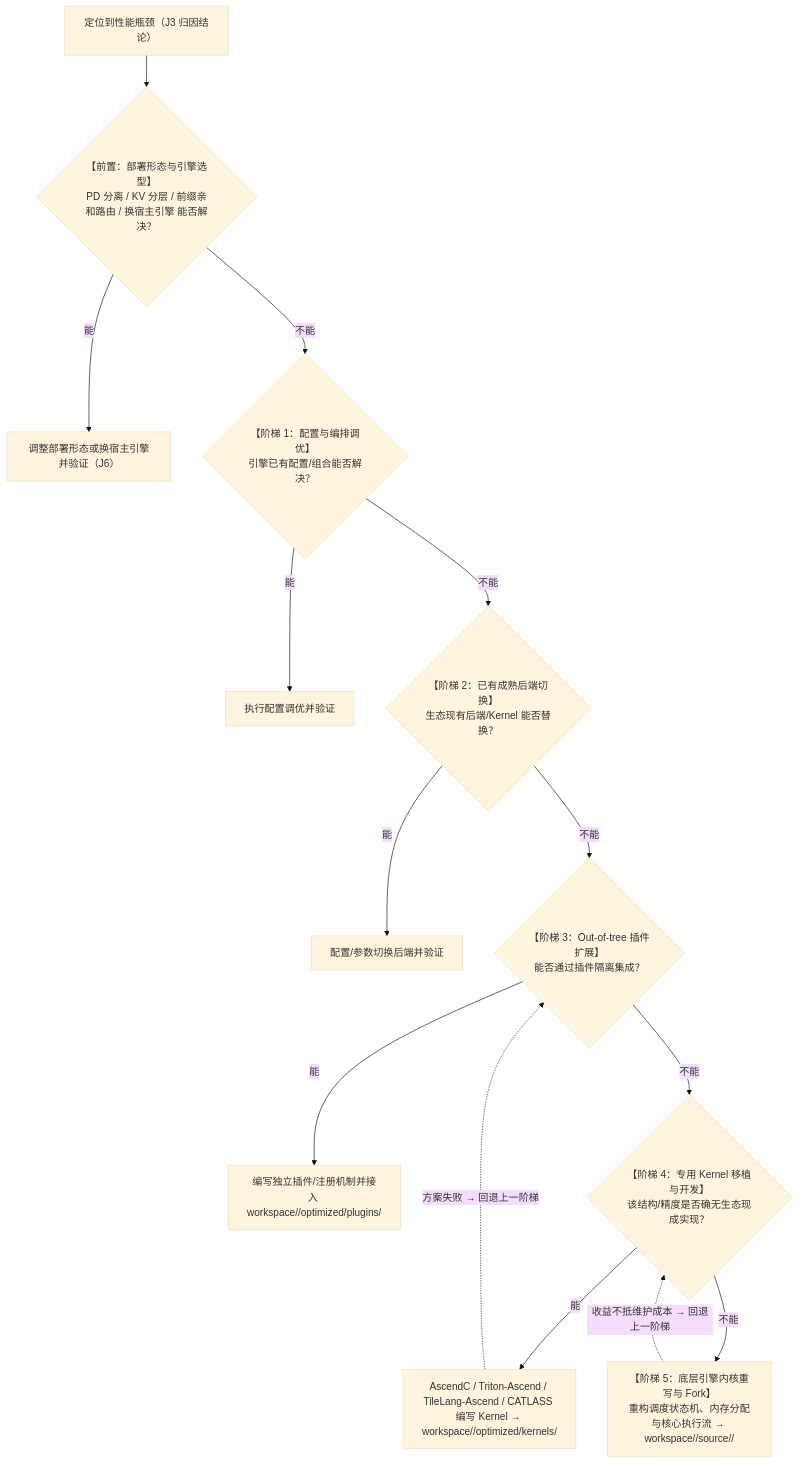
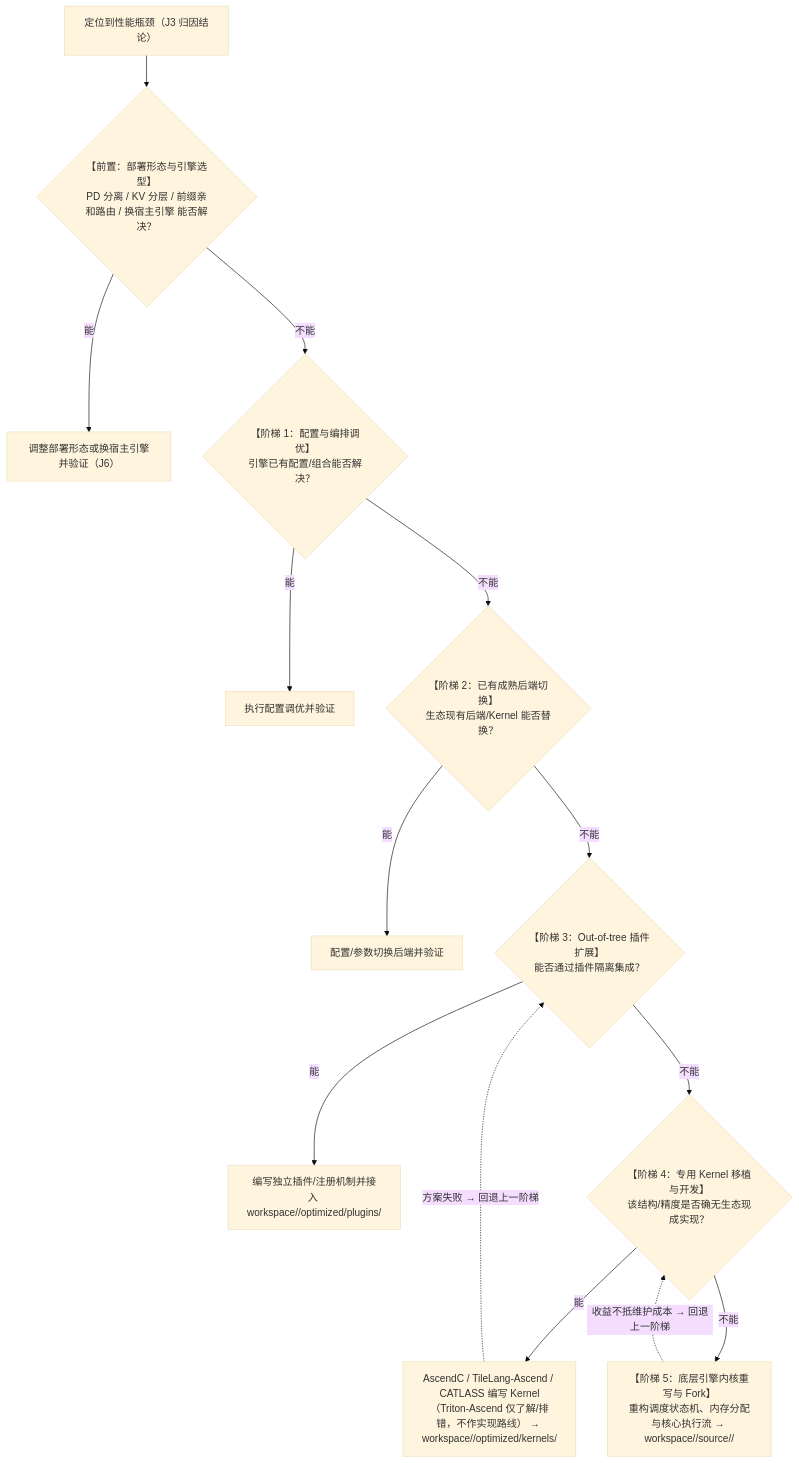
The second of 2 diagrams in docs/01-pipeline-and-ledger.md (SummerTea/ascend-infer-pilot), drawn with Mermaid (base theme) before and after one commit. The commit also changed other lines of this file and 8 other files, not shown here.

````diff
--- a/docs/01-pipeline-and-ledger.md
+++ b/docs/01-pipeline-and-ledger.md
@@ -205,16 +205,16 @@
 ```mermaid
 flowchart TD
     Start["定位到性能瓶颈（J3 归因结论）"] --> Pre{"【前置：部署形态与引擎选型】<br/>PD 分离 / KV 分层 / 前缀亲和路由 / 换宿主引擎 能否解决？"}
     Pre --"能"--> Done0["调整部署形态或换宿主引擎并验证（J6）"]
     Pre --"不能"--> Step1{"【阶梯 1：配置与编排调优】<br/>引擎已有配置/组合能否解决？"}
     Step1 --"能"--> Done1["执行配置调优并验证"]
     Step1 --"不能"--> Step2{"【阶梯 2：已有成熟后端切换】<br/>生态现有后端/Kernel 能否替换？"}
     Step2 --"能"--> Done2["配置/参数切换后端并验证"]
     Step2 --"不能"--> Step3{"【阶梯 3：Out-of-tree 插件扩展】<br/>能否通过插件隔离集成？"}
     Step3 --"能"--> Done3["编写独立插件/注册机制并接入 workspace/<scenario-id>/optimized/plugins/"]
     Step3 --"不能"--> Step4{"【阶梯 4：专用 Kernel 移植与开发】<br/>该结构/精度是否确无生态现成实现？"}
-    Step4 --"能"--> Done4["AscendC / Triton-Ascend / TileLang-Ascend / CATLASS 编写 Kernel → workspace/<scenario-id>/optimized/kernels/"]
+    Step4 --"能"--> Done4["AscendC / TileLang-Ascend / CATLASS 编写 Kernel（Triton-Ascend 仅了解/排错，不作实现路线） → workspace/<scenario-id>/optimized/kernels/"]
     Step4 --"不能"--> Step5["【阶梯 5：底层引擎内核重写与 Fork】<br/>重构调度状态机、内存分配与核心执行流 → workspace/<scenario-id>/source/<engine>/"]
     Done4 -. "方案失败 → 回退上一阶梯" .-> Step3
     Step5 -. "收益不抵维护成本 → 回退上一阶梯" .-> Step4
 ```
````
